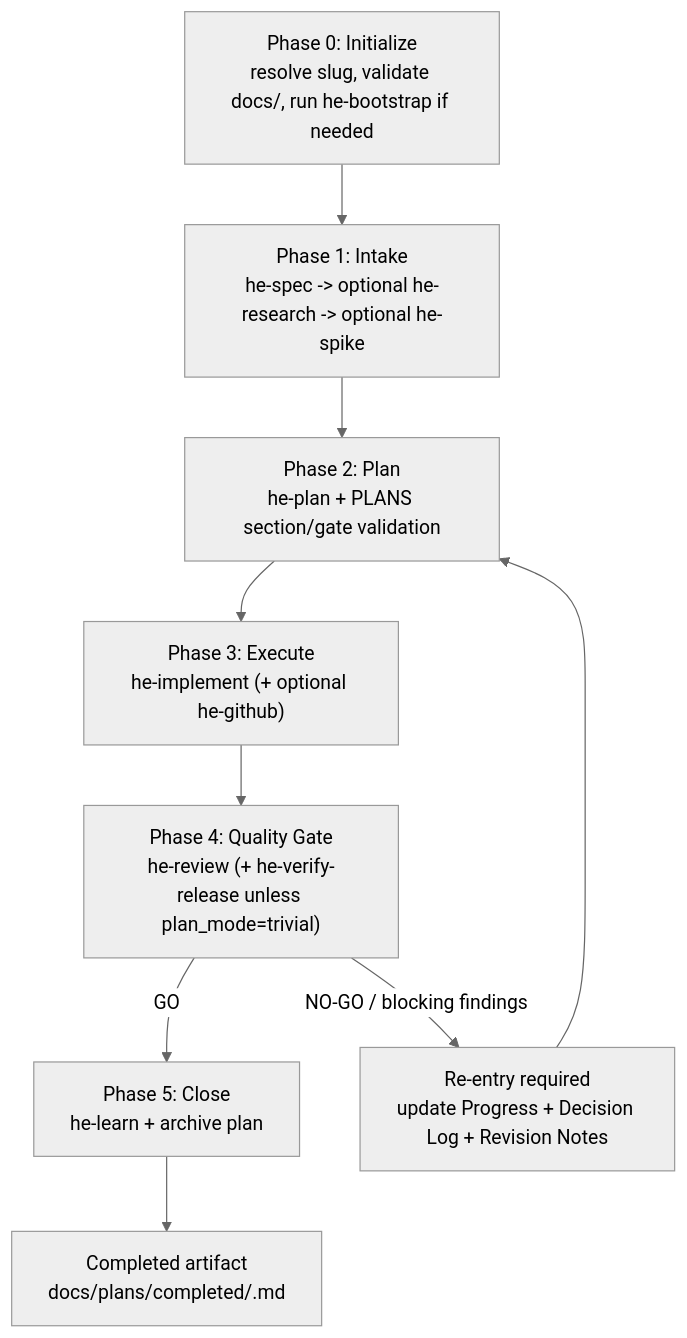
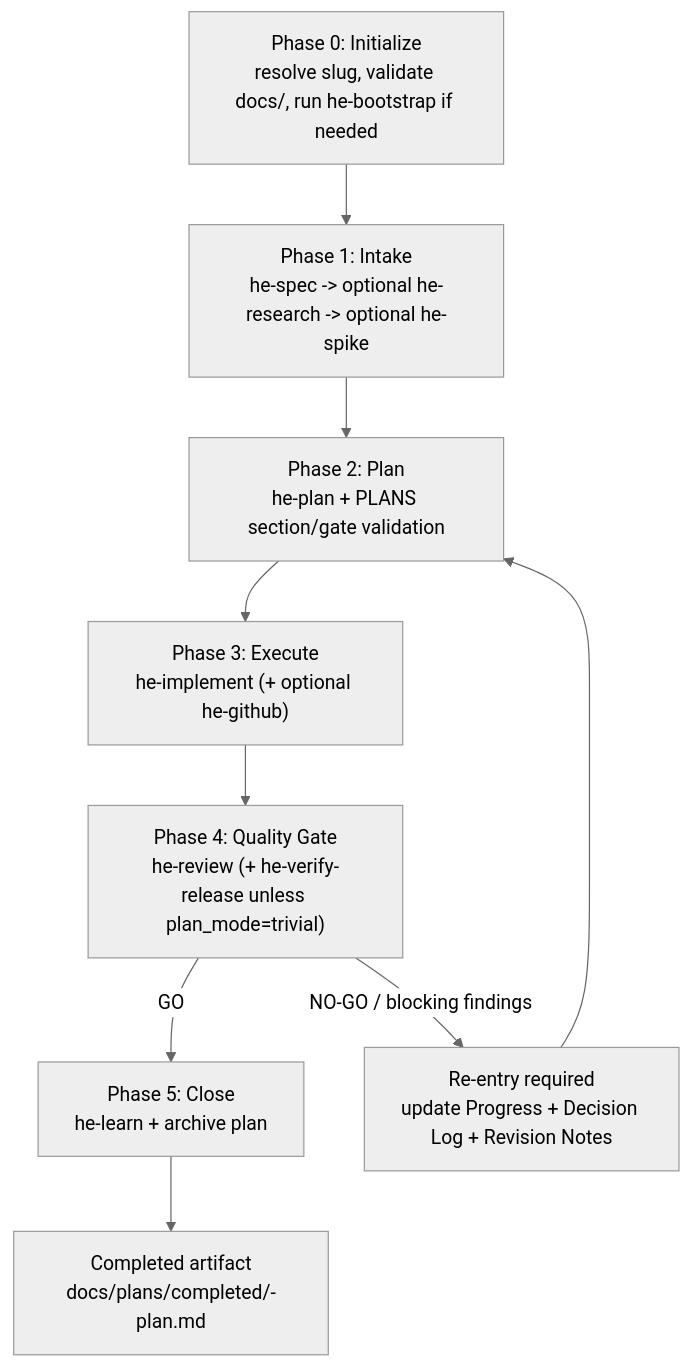
Before and after one commit to mattjefferson/harness-engineering: the diagram in README.md, drawn with Mermaid (neutral theme). The commit also changed other lines of this file and 26 other files, not shown here.

````diff
--- a/README.md
+++ b/README.md
@@ -255,12 +255,12 @@
 ```mermaid
 flowchart TD
     A["Phase 0: Initialize<br/>resolve slug, validate docs/, run he-bootstrap if needed"] --> B["Phase 1: Intake<br/>he-spec -> optional he-research -> optional he-spike"]
     B --> C["Phase 2: Plan<br/>he-plan + PLANS section/gate validation"]
     C --> D["Phase 3: Execute<br/>he-implement (+ optional he-github)"]
     D --> E["Phase 4: Quality Gate<br/>he-review (+ he-verify-release unless plan_mode=trivial)"]
     E -->|GO| F["Phase 5: Close<br/>he-learn + archive plan"]
-    F --> G["Completed artifact<br/>docs/plans/completed/<slug>.md"]
+    F --> G["Completed artifact<br/>docs/plans/completed/<slug>-plan.md"]
 
     E -->|NO-GO / blocking findings| R["Re-entry required<br/>update Progress + Decision Log + Revision Notes"]
     R --> C
 ```
````
